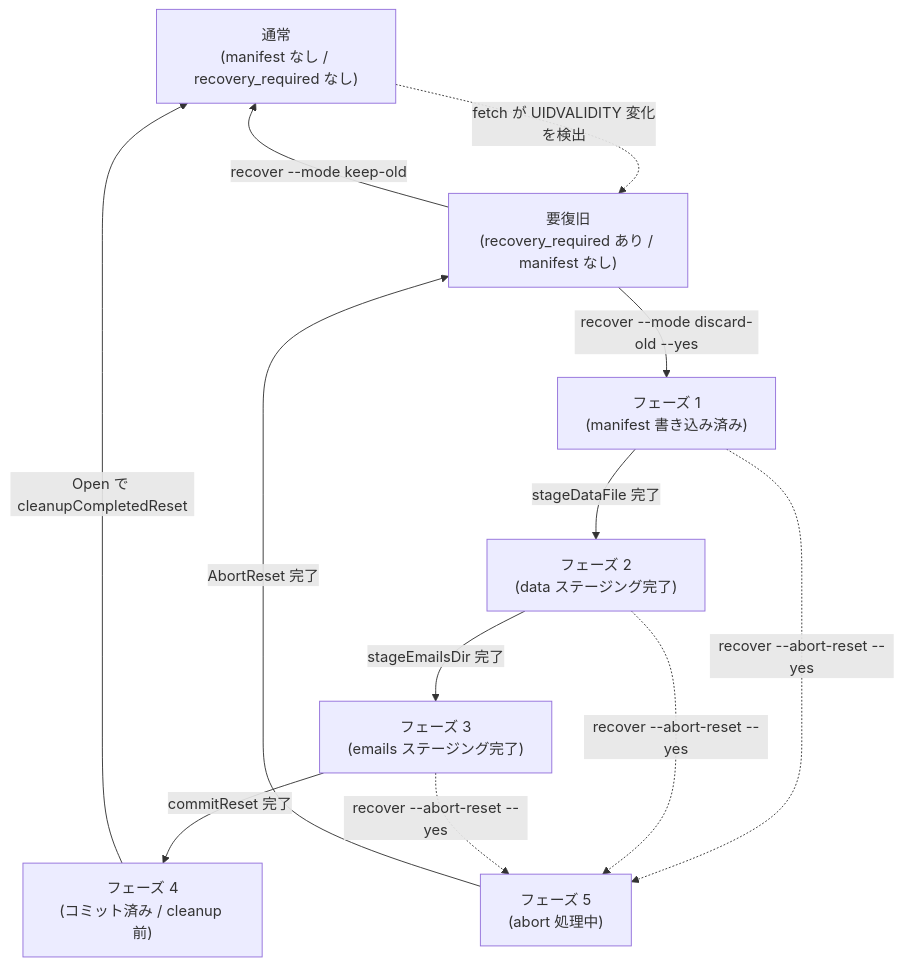
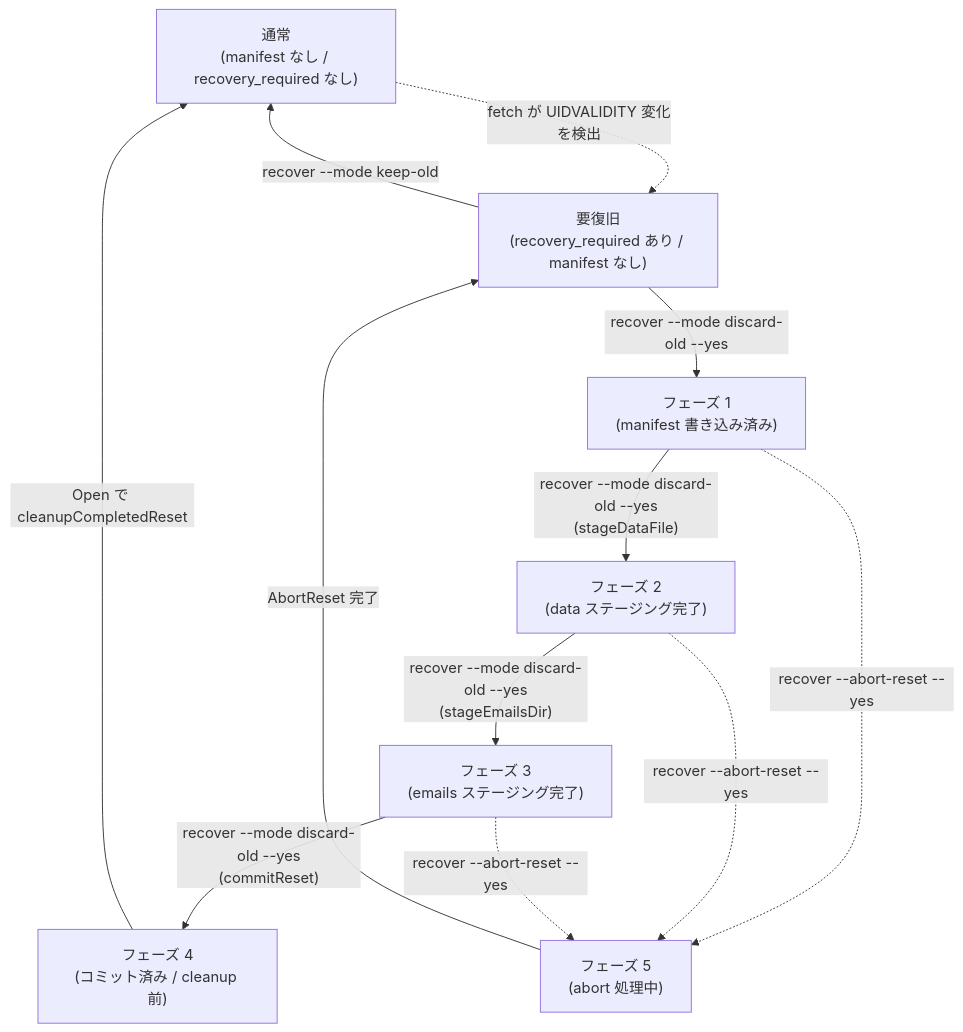
The diagram in docs/dev/adr/0003_reset_phase_design.ja.md (isseis/tlsrpt-digest), drawn with Mermaid before and after one commit. The commit also changed 1 other file, not shown here.

Commit message:
docs(adr-0003): label phase transitions with triggering command
P1→P2, P2→P3, P3→P4 are triggered by recover --mode discard-old --yes
(whether initial run or resume after crash), not by automatic progression.
Relabeling makes it clear that the same command both starts and resumes
the forward path, and that abort is the alternative from any of phases 1-3.

````diff
--- a/docs/dev/adr/0003_reset_phase_design.ja.md
+++ b/docs/dev/adr/0003_reset_phase_design.ja.md
@@ -62,22 +62,22 @@
 ```mermaid
 flowchart TD
     Normal["通常<br>(manifest なし / recovery_required なし)"]
     RR["要復旧<br>(recovery_required あり / manifest なし)"]
     P1["フェーズ 1<br>(manifest 書き込み済み)"]
     P2["フェーズ 2<br>(data ステージング完了)"]
     P3["フェーズ 3<br>(emails ステージング完了)"]
     P4["フェーズ 4<br>(コミット済み / cleanup 前)"]
     P5["フェーズ 5<br>(abort 処理中)"]
 
     Normal -.->|"fetch が UIDVALIDITY 変化を検出"| RR
     RR -->|"recover --mode keep-old"| Normal
     RR -->|"recover --mode discard-old --yes"| P1
-    P1 -->|"stageDataFile 完了"| P2
-    P2 -->|"stageEmailsDir 完了"| P3
-    P3 -->|"commitReset 完了"| P4
+    P1 -->|"recover --mode discard-old --yes<br>(stageDataFile)"| P2
+    P2 -->|"recover --mode discard-old --yes<br>(stageEmailsDir)"| P3
+    P3 -->|"recover --mode discard-old --yes<br>(commitReset)"| P4
     P4 -->|"Open で cleanupCompletedReset"| Normal
     P1 -.->|"recover --abort-reset --yes"| P5
     P2 -.->|"recover --abort-reset --yes"| P5
     P3 -.->|"recover --abort-reset --yes"| P5
     P5 -->|"AbortReset 完了"| RR
 ```
````
